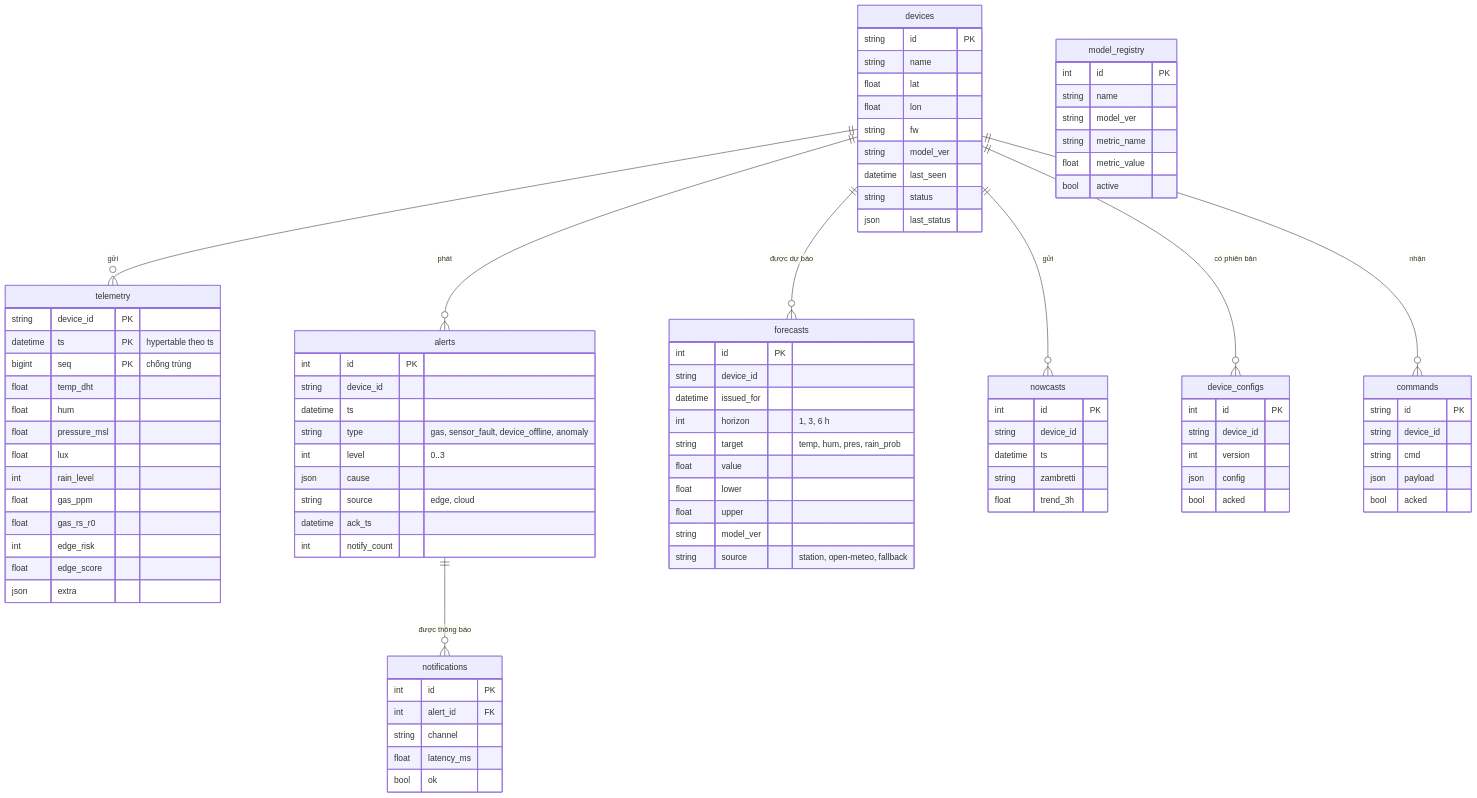
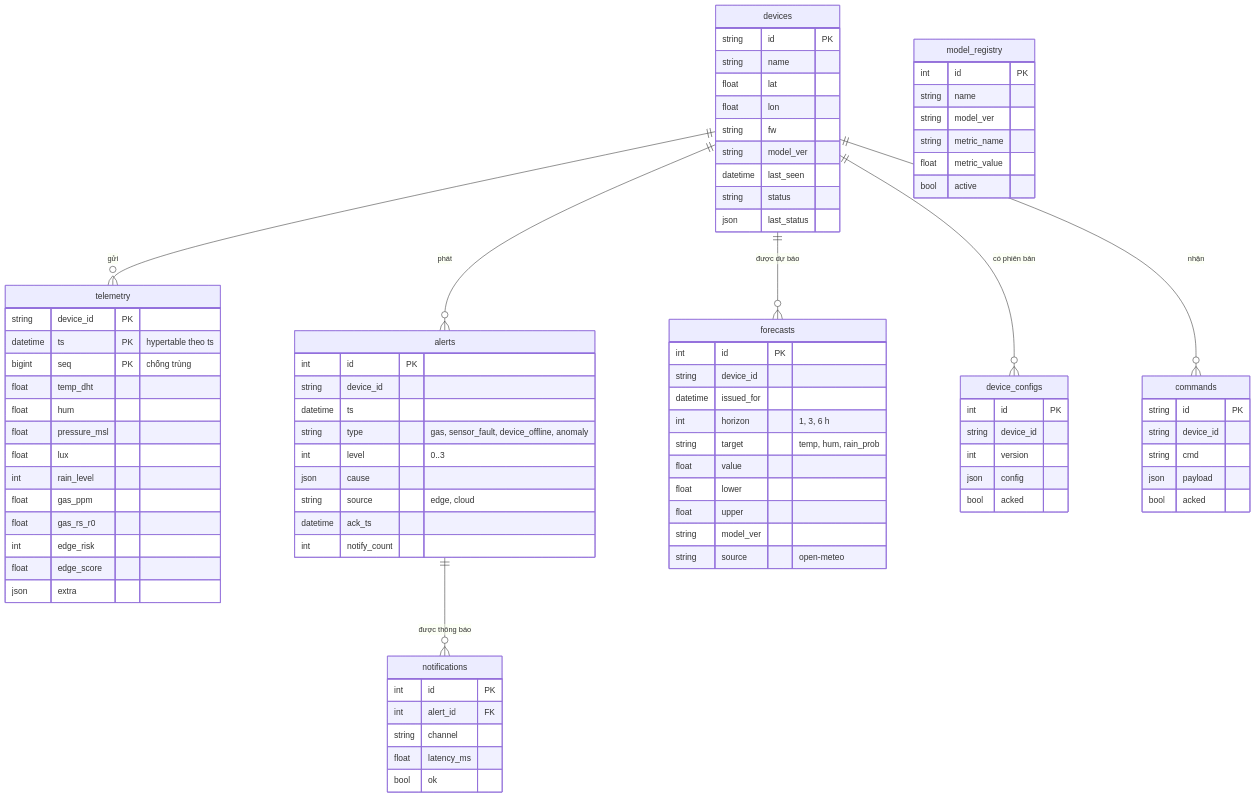
Before and after one commit to danhle396/pythonnhung: the third of 3 diagrams in docs/architecture/diagrams.md, drawn with Mermaid. The commit also changed other lines of this file and 176 other files, not shown here.

```diff
--- a/docs/architecture/diagrams.md
+++ b/docs/architecture/diagrams.md
@@ -112,7 +108,6 @@
     devices ||--o{ telemetry : "gửi"
     devices ||--o{ alerts : "phát"
     devices ||--o{ forecasts : "được dự báo"
-    devices ||--o{ nowcasts : "gửi"
     devices ||--o{ device_configs : "có phiên bản"
     devices ||--o{ commands : "nhận"
     alerts ||--o{ notifications : "được thông báo"
@@ -158,19 +153,12 @@
         string device_id
         datetime issued_for
         int horizon "1, 3, 6 h"
-        string target "temp, hum, pres, rain_prob"
+        string target "temp, hum, rain_prob"
         float value
         float lower
         float upper
         string model_ver
-        string source "station, open-meteo, fallback"
-    }
-    nowcasts {
-        int id PK
-        string device_id
-        datetime ts
-        string zambretti
-        float trend_3h
+        string source "open-meteo"
     }
     device_configs {
         int id PK
```
